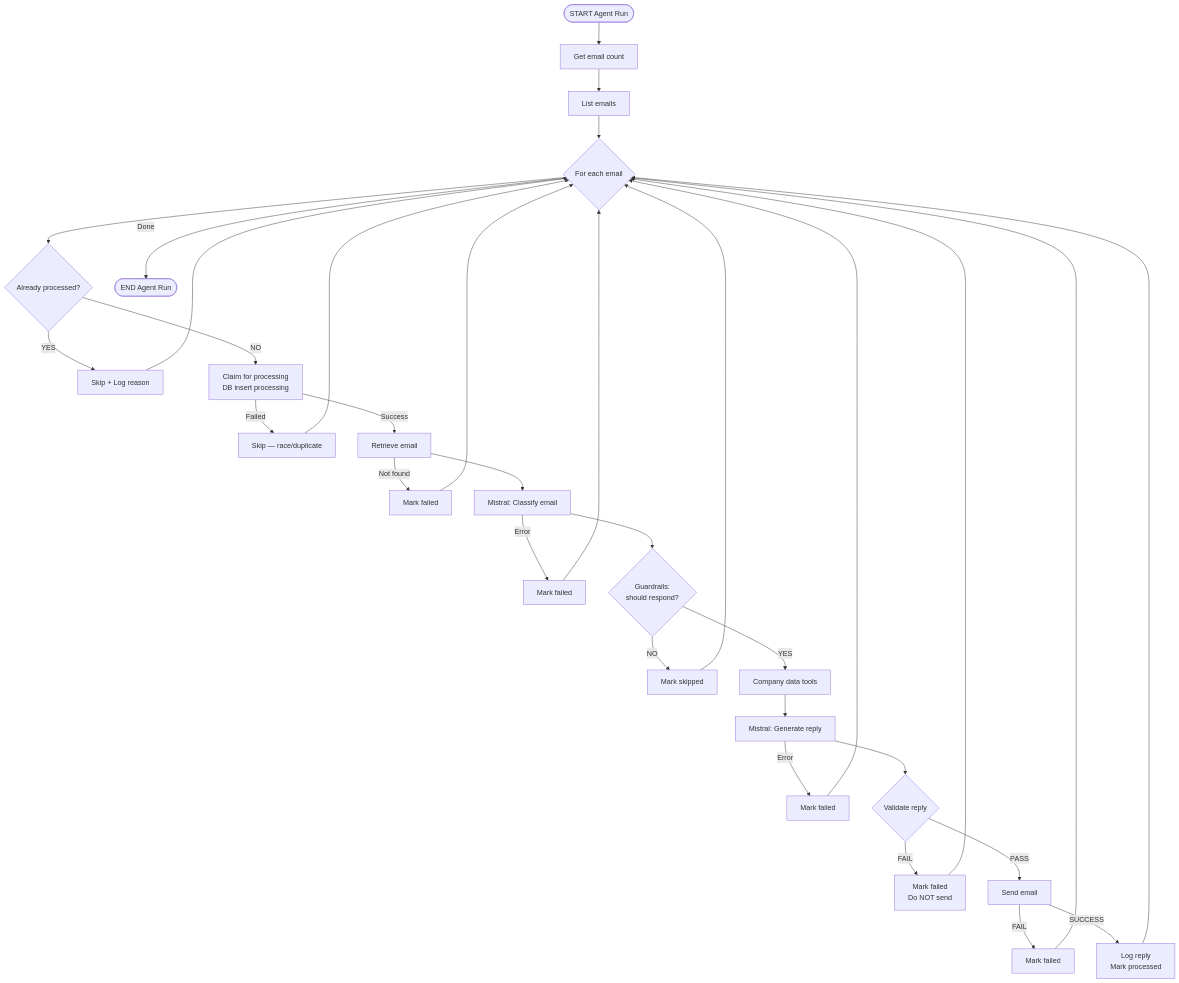
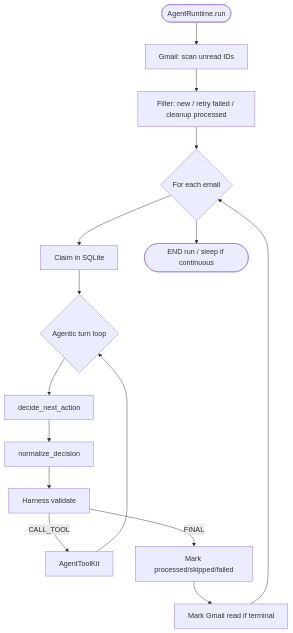
One commit to Nisarg9072-god/Email-Agent changed the second of 9 diagrams in README.md. Above: the diagram before and after it, drawn with Mermaid. The commit also changed other lines of this file and 5 other files, not shown here.

````diff
--- a/README.md
+++ b/README.md
@@ -219,34 +221,17 @@
 ```mermaid
 flowchart TD
-    START([START Agent Run]) --> COUNT[Get email count]
-    COUNT --> LIST[List emails]
-    LIST --> LOOP{For each email}
-    LOOP --> SKIP_CHECK{Already processed?}
-    SKIP_CHECK -->|YES| SKIP_LOG[Skip + Log reason]
-    SKIP_LOG --> LOOP
-    SKIP_CHECK -->|NO| CLAIM[Claim for processing<br/>DB insert processing]
-    CLAIM -->|Failed| SKIP_CLAIM[Skip — race/duplicate]
-    SKIP_CLAIM --> LOOP
-    CLAIM -->|Success| FETCH[Retrieve email]
-    FETCH -->|Not found| FAIL1[Mark failed]
-    FAIL1 --> LOOP
-    FETCH --> CLASSIFY[Mistral: Classify email]
-    CLASSIFY -->|Error| FAIL2[Mark failed]
-    FAIL2 --> LOOP
-    CLASSIFY --> GUARD{Guardrails:<br/>should respond?}
-    GUARD -->|NO| SKIP_GUARD[Mark skipped]
-    SKIP_GUARD --> LOOP
-    GUARD -->|YES| TOOLS[Company data tools]
-    TOOLS --> GENERATE[Mistral: Generate reply]
-    GENERATE -->|Error| FAIL3[Mark failed]
-    FAIL3 --> LOOP
-    GENERATE --> VALIDATE{Validate reply}
-    VALIDATE -->|FAIL| FAIL4[Mark failed<br/>Do NOT send]
-    FAIL4 --> LOOP
-    VALIDATE -->|PASS| SEND[Send email]
-    SEND -->|FAIL| FAIL5[Mark failed]
-    FAIL5 --> LOOP
-    SEND -->|SUCCESS| PROCESSED[Log reply<br/>Mark processed]
-    PROCESSED --> LOOP
-    LOOP -->|Done| END([END Agent Run])
+    START([AgentRuntime.run]) --> SCAN[Gmail: scan unread IDs]
+    SCAN --> FILTER[Filter: new / retry failed / cleanup processed]
+    FILTER --> LOOP{For each email}
+    LOOP --> CLAIM[Claim in SQLite]
+    CLAIM --> AGENTIC{Agentic turn loop}
+    AGENTIC --> LLM[decide_next_action]
+    LLM --> NORM[normalize_decision]
+    NORM --> HARNESS[Harness validate]
+    HARNESS -->|CALL_TOOL| TOOL[AgentToolKit]
+    TOOL --> AGENTIC
+    HARNESS -->|FINAL| DONE[Mark processed/skipped/failed]
+    DONE --> READ[Mark Gmail read if terminal]
+    READ --> LOOP
+    LOOP --> END([END run / sleep if continuous])
 ```
````
